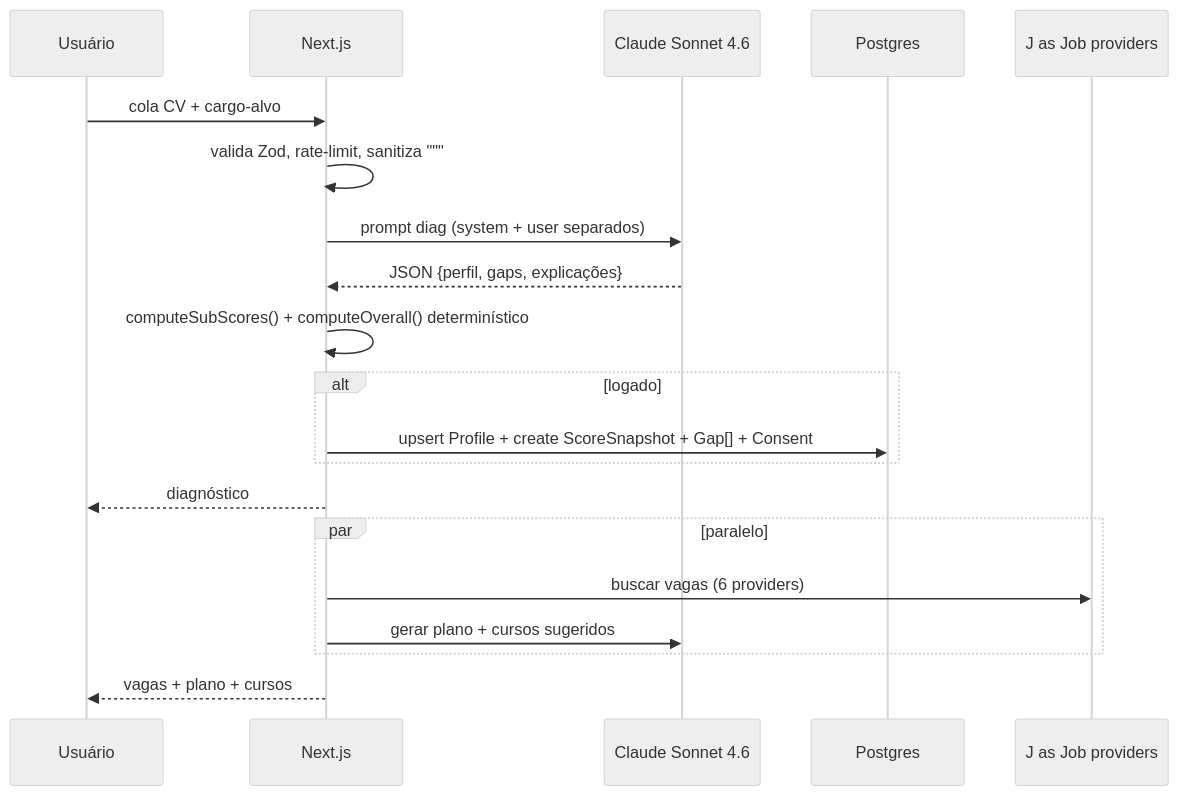
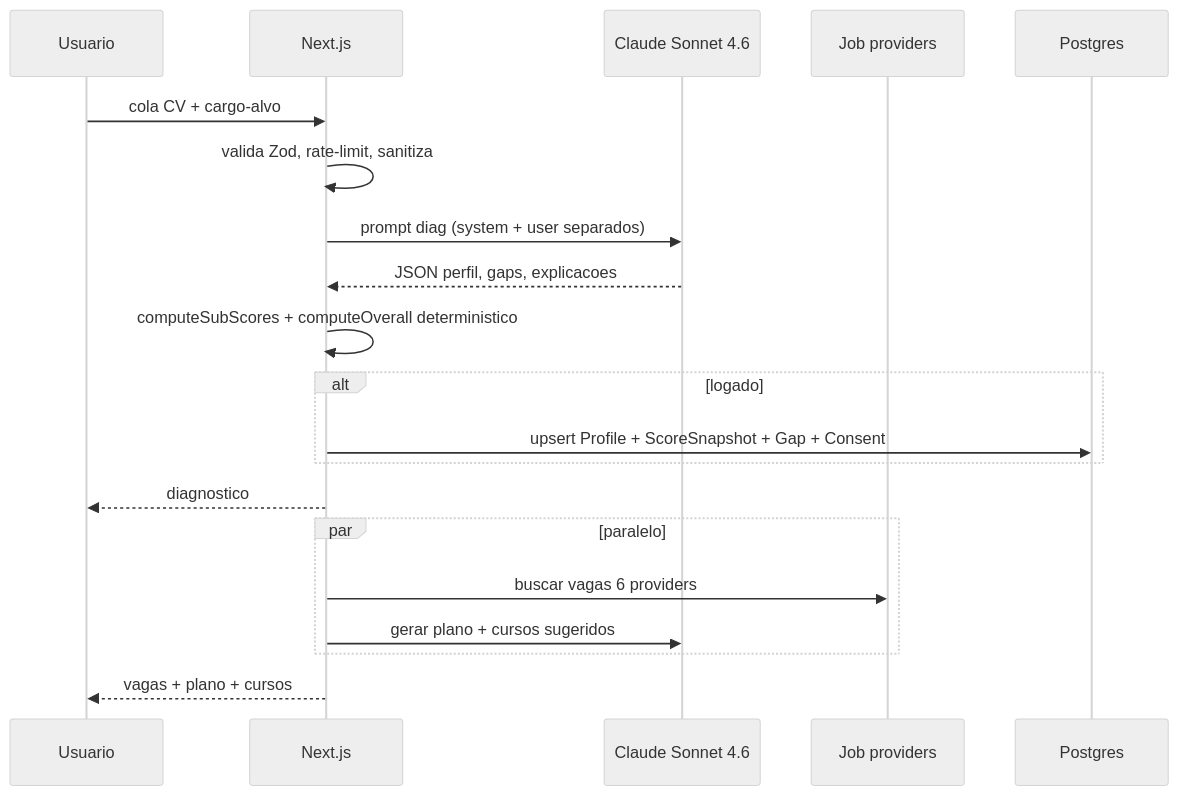
One commit to akamitatrush/CareerTwinAI changed the second of 4 diagrams in README.md. Above: the diagram before and after it, drawn with Mermaid (neutral theme). The commit also changed other lines of this file, not shown here.

First line of the commit message:
fix(README): mermaid syntax (5 diagramas) - GitHub renderer

````diff
--- a/README.md
+++ b/README.md
@@ -45,22 +45,23 @@
 ```mermaid
 sequenceDiagram
-    participant U as Usuário
+    participant U as Usuario
     participant N as Next.js
     participant LLM as Claude Sonnet 4.6
+    participant J as Job providers
     participant DB as Postgres
 
     U->>N: cola CV + cargo-alvo
-    N->>N: valida Zod, rate-limit, sanitiza """
+    N->>N: valida Zod, rate-limit, sanitiza
     N->>LLM: prompt diag (system + user separados)
-    LLM-->>N: JSON {perfil, gaps, explicações}
-    N->>N: computeSubScores() + computeOverall() determinístico
+    LLM-->>N: JSON perfil, gaps, explicacoes
+    N->>N: computeSubScores + computeOverall deterministico
     alt logado
-        N->>DB: upsert Profile + create ScoreSnapshot + Gap[] + Consent
+        N->>DB: upsert Profile + ScoreSnapshot + Gap + Consent
     end
-    N-->>U: diagnóstico
+    N-->>U: diagnostico
     par paralelo
-        N->>J as Job providers: buscar vagas (6 providers)
+        N->>J: buscar vagas 6 providers
         N->>LLM: gerar plano + cursos sugeridos
     end
     N-->>U: vagas + plano + cursos
 ```
````
